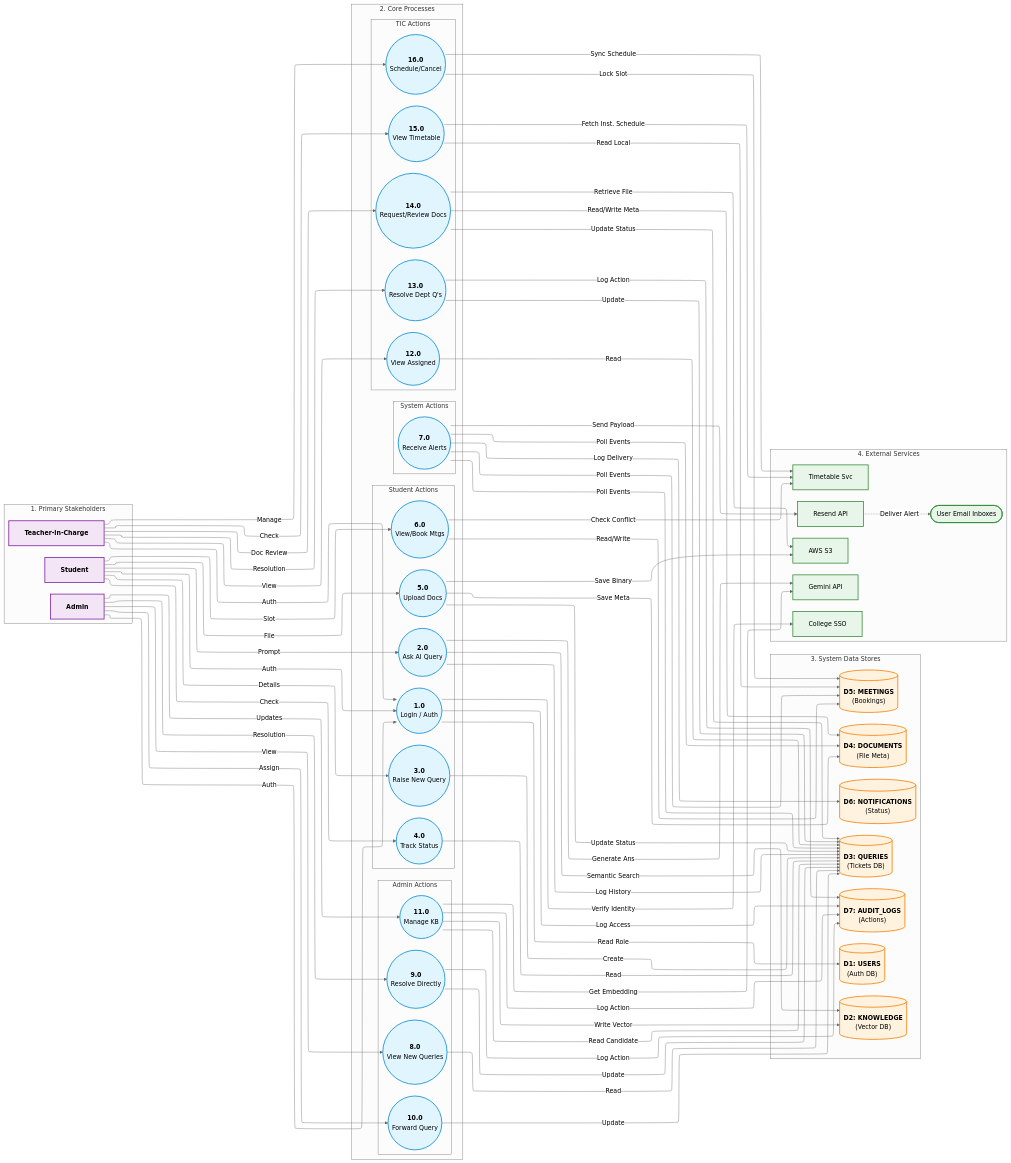
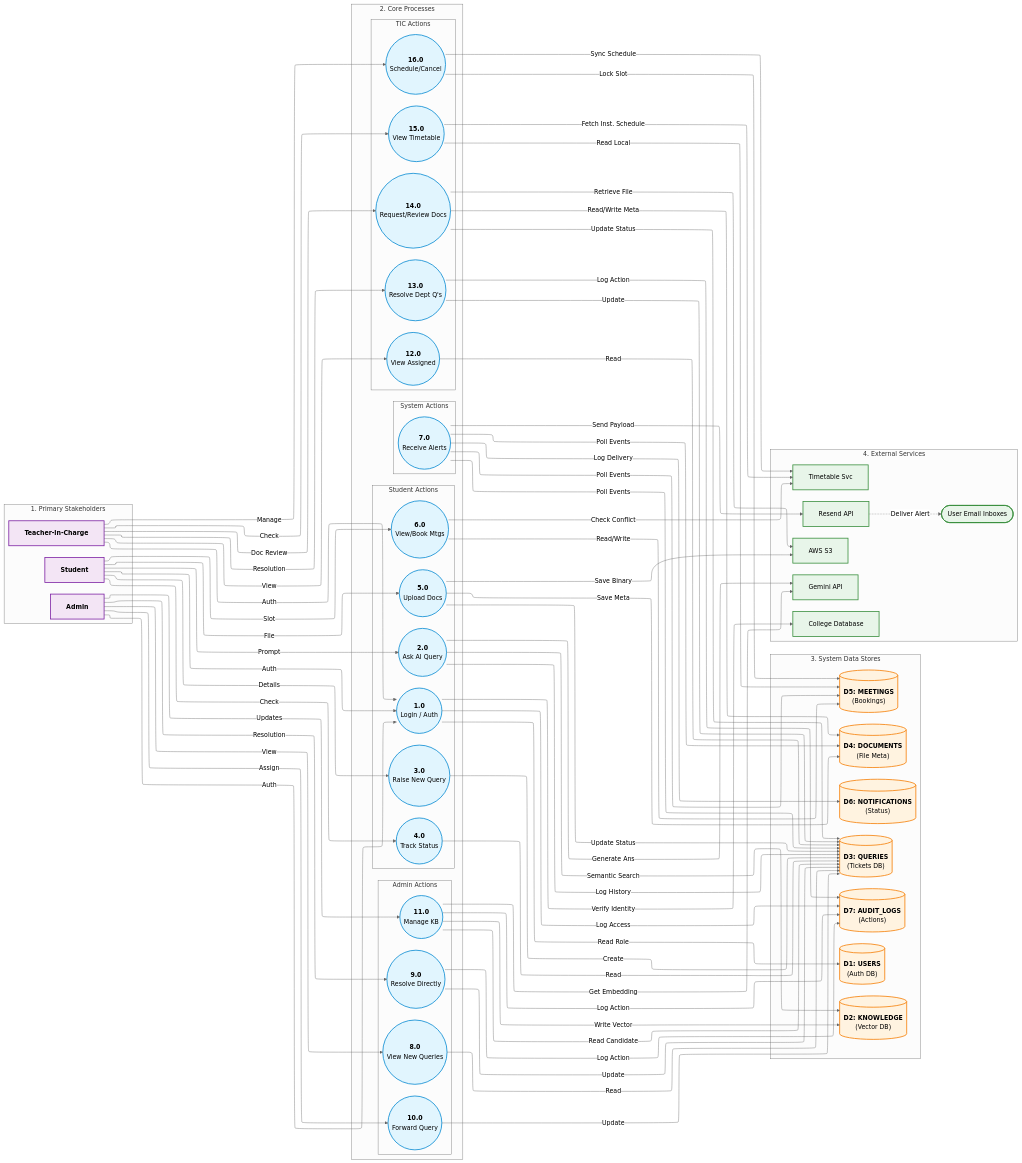
One commit to aryanhrc3428/Semester-5 changed the diagram in SE/ideathon/documents/L1-DFD.mmd. Above: the diagram before and after it, drawn with Mermaid (neutral theme). The commit also changed 2 other files, not shown here.

```diff
--- a/SE/ideathon/documents/L1-DFD.mmd
+++ b/SE/ideathon/documents/L1-DFD.mmd
@@ -1,195 +1,195 @@
 %%{init: {
   "flowchart": {
     "htmlLabels": true,
     "defaultRenderer": "elk",
     "nodeSpacing": 40,
     "rankSpacing": 120,
     "padding": 20
   }
 }}%%
 flowchart LR
 
     %% -------------------------------------------------------------
     %% COLUMN 1: ACTORS
     %% -------------------------------------------------------------
     subgraph Actors ["1. Primary Stakeholders"]
         direction TB
         Student["<b>Student</b>"]
         TIC["<b>Teacher-in-Charge</b>"]
         Admin["<b>Admin</b>"]
     end
 
     %% -------------------------------------------------------------
     %% COLUMN 2: PROCESSES (Grouped by Actor to minimize crossings)
     %% -------------------------------------------------------------
     subgraph Processes ["2. Core Processes"]
         
         subgraph SP ["Student Actions"]
             direction TB
             P1(("<b>1.0</b><br/>Login / Auth"))
             P2(("<b>2.0</b><br/>Ask AI Query"))
             P3(("<b>3.0</b><br/>Raise New Query"))
             P4(("<b>4.0</b><br/>Track Status"))
             P5(("<b>5.0</b><br/>Upload Docs"))
             P6(("<b>6.0</b><br/>View/Book Mtgs"))
         end
 
         subgraph AP ["Admin Actions"]
             direction TB
             P8(("<b>8.0</b><br/>View New Queries"))
             P9(("<b>9.0</b><br/>Resolve Directly"))
             P10(("<b>10.0</b><br/>Forward Query"))
             P11(("<b>11.0</b><br/>Manage KB"))
         end
 
         subgraph TP ["TIC Actions"]
             direction TB
             P12(("<b>12.0</b><br/>View Assigned"))
             P13(("<b>13.0</b><br/>Resolve Dept Q's"))
             P14(("<b>14.0</b><br/>Request/Review Docs"))
             P15(("<b>15.0</b><br/>View Timetable"))
             P16(("<b>16.0</b><br/>Schedule/Cancel"))
         end
 
         subgraph SysP ["System Actions"]
             P7(("<b>7.0</b><br/>Receive Alerts"))
         end
     end
 
     %% -------------------------------------------------------------
     %% COLUMN 3: DATA STORES
     %% -------------------------------------------------------------
     subgraph DataStores ["3. System Data Stores"]
         direction TB
         D1[("<b>D1: USERS</b><br/>(Auth DB)")]
         D2[("<b>D2: KNOWLEDGE</b><br/>(Vector DB)")]
         D3[("<b>D3: QUERIES</b><br/>(Tickets DB)")]
         D4[("<b>D4: DOCUMENTS</b><br/>(File Meta)")]
         D5[("<b>D5: MEETINGS</b><br/>(Bookings)")]
         D6[("<b>D6: NOTIFICATIONS</b><br/>(Status)")]
         D7[("<b>D7: AUDIT_LOGS</b><br/>(Actions)")]
     end
 
     %% -------------------------------------------------------------
     %% COLUMN 4: EXTERNAL SERVICES
     %% -------------------------------------------------------------
     subgraph ExtServices ["4. External Services"]
         direction TB
-        ExtAuth["College SSO"]
+        ExtAuth["College Database"]
         ExtLLM["Gemini API"]
         ExtS3["AWS S3"]
         ExtTimetable["Timetable Svc"]
         ExtEmail["Resend API"]
         UserInbox(["User Email Inboxes"])
     end
 
     %% =============================================================
     %% STRICT LEFT-TO-RIGHT DATA FLOWS
     %% =============================================================
 
     %% --- ACTOR TO PROCESS FLOWS ---
     Student -->|"Auth"| P1
     Student -->|"Prompt"| P2
     Student -->|"Details"| P3
     Student -->|"Check"| P4
     Student -->|"File"| P5
     Student -->|"Slot"| P6
 
     Admin -->|"Auth"| P1
     Admin -->|"View"| P8
     Admin -->|"Resolution"| P9
     Admin -->|"Assign"| P10
     Admin -->|"Updates"| P11
 
     TIC -->|"Auth"| P1
     TIC -->|"View"| P12
     TIC -->|"Resolution"| P13
     TIC -->|"Doc Review"| P14
     TIC -->|"Check"| P15
     TIC -->|"Manage"| P16
 
     %% --- PROCESS TO DATA STORE / EXTERNAL FLOWS ---
     
     %% P1.0 Login
     P1 -->|"Verify Identity"| ExtAuth
     P1 -->|"Read Role"| D1
     P1 -->|"Log Access"| D7
 
     %% P2.0 AI Query
     P2 -->|"Semantic Search"| D2
     P2 -->|"Generate Ans"| ExtLLM
     P2 -->|"Log History"| D3
 
     %% P3.0 Raise Query
     P3 -->|"Create"| D3
 
     %% P4.0 Track Status
     P4 -->|"Read"| D3
 
     %% P5.0 Upload Docs
     P5 -->|"Save Binary"| ExtS3
     P5 -->|"Save Meta"| D4
     P5 -->|"Update Status"| D3
 
     %% P6.0 Book Meetings
     P6 -->|"Read/Write"| D5
     P6 -->|"Check Conflict"| ExtTimetable
 
     %% P7.0 Notifications
     P7 -->|"Poll Events"| D3
     P7 -->|"Poll Events"| D4
     P7 -->|"Poll Events"| D5
     P7 -->|"Log Delivery"| D6
     P7 -->|"Send Payload"| ExtEmail
 
     %% P8.0 View New Queries
     P8 -->|"Read"| D3
 
     %% P9.0 Resolve Directly
     P9 -->|"Update"| D3
     P9 -->|"Log Action"| D7
 
     %% P10.0 Forward Query
     P10 -->|"Update"| D3
 
     %% P11.0 Manage KB
     P11 -->|"Read Candidate"| D3
     P11 -->|"Get Embedding"| ExtLLM
     P11 -->|"Write Vector"| D2
     P11 -->|"Log Action"| D7
 
     %% P12.0 View Assigned
     P12 -->|"Read"| D3
 
     %% P13.0 Resolve Dept Query
     P13 -->|"Update"| D3
     P13 -->|"Log Action"| D7
 
     %% P14.0 Request/Review Docs
     P14 -->|"Update Status"| D3
     P14 -->|"Read/Write Meta"| D4
     P14 -->|"Retrieve File"| ExtS3
 
     %% P15.0 View Timetable
     P15 -->|"Read Local"| D5
     P15 -->|"Fetch Inst. Schedule"| ExtTimetable
 
     %% P16.0 Schedule/Cancel Mtgs
     P16 -->|"Lock Slot"| D5
     P16 -->|"Sync Schedule"| ExtTimetable
 
     %% Outbound Alerts
     ExtEmail -.->|"Deliver Alert"| UserInbox
 
     %% -------------------------------------------------------------
     %% STYLING
     %% -------------------------------------------------------------
     classDef processStyle fill:#e1f5fe,stroke:#0288d1,stroke-width:2px;
     classDef storeStyle fill:#fff3e0,stroke:#f57c00,stroke-width:2px;
     classDef actorStyle fill:#f3e5f5,stroke:#7b1fa2,stroke-width:2px;
     classDef extStyle fill:#e8f5e9,stroke:#388e3c,stroke-width:2px;
 
     class P1,P2,P3,P4,P5,P6,P7,P8,P9,P10,P11,P12,P13,P14,P15,P16 processStyle;
     class D1,D2,D3,D4,D5,D6,D7 storeStyle;
     class Student,Admin,TIC actorStyle;
     class ExtAuth,ExtLLM,ExtS3,ExtTimetable,ExtEmail,UserInbox extStyle;
```
